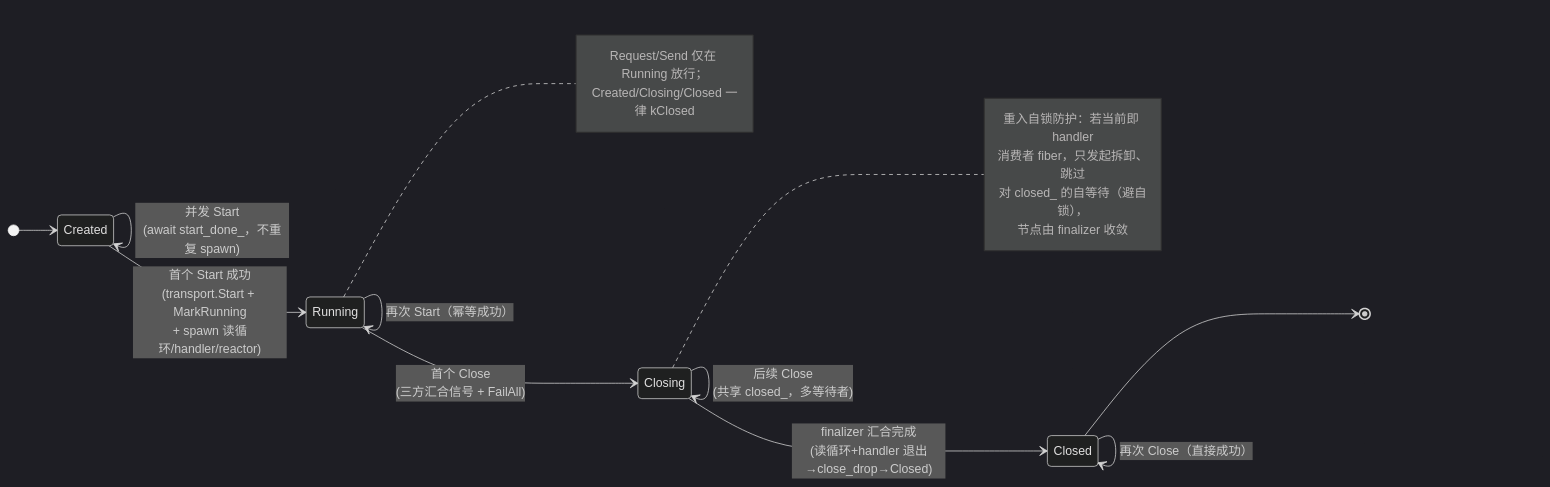
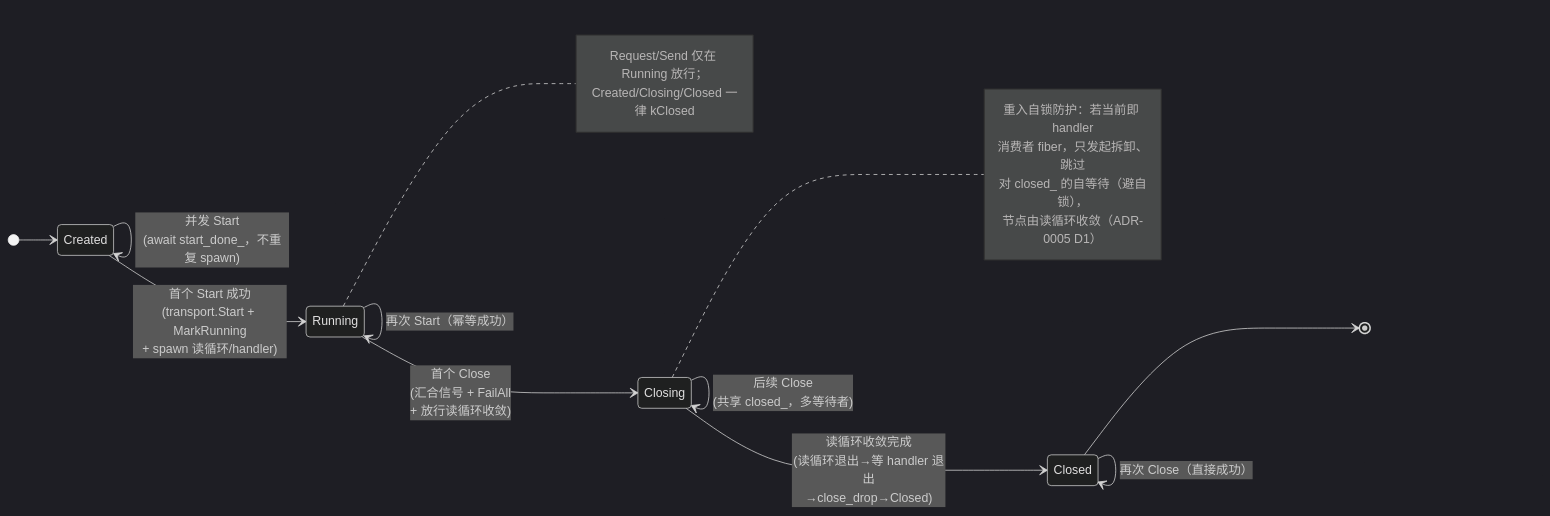
Before and after one commit to Ste7an-cs/Transport: the diagram in docs/diagrams/state-node-lifecycle.mmd, drawn with Mermaid (dark theme). The commit also changed 12 other files, not shown here.

First line of the commit message:
docs: 同步收敛并入读循环(ADR-0005 D1)的设计/需求/图

```diff
--- a/docs/diagrams/state-node-lifecycle.mmd
+++ b/docs/diagrams/state-node-lifecycle.mmd
@@ -1,28 +1,28 @@
 stateDiagram-v2
     direction LR
     [*] --> Created
 
     Created --> Created: ValidateConfig 失败<br/>(kConfiguration，可改配重试)
-    Created --> Running: 首个 Start 成功<br/>(transport.Start + MarkRunning<br/>+ spawn 读循环/handler/reactor)
+    Created --> Running: 首个 Start 成功<br/>(transport.Start + MarkRunning<br/>+ spawn 读循环/handler)
     Created --> Created: 并发 Start<br/>(await start_done_，不重复 spawn)
 
     Running --> Running: 再次 Start（幂等成功）
-    Running --> Closing: 首个 Close<br/>(三方汇合信号 + FailAll)
+    Running --> Closing: 首个 Close<br/>(汇合信号 + FailAll<br/>+ 放行读循环收敛)
 
     Closing --> Closing: 后续 Close<br/>(共享 closed_，多等待者)
-    Closing --> Closed: finalizer 汇合完成<br/>(读循环+handler 退出→close_drop→Closed)
+    Closing --> Closed: 读循环收敛完成<br/>(读循环退出→等 handler 退出<br/>→close_drop→Closed)
 
     Closed --> Closed: 再次 Close（直接成功）
     Closed --> [*]
 
     note right of Closing
         重入自锁防护：若当前即 handler
         消费者 fiber，只发起拆卸、跳过
         对 closed_ 的自等待（避自锁），
-        节点由 finalizer 收敛
+        节点由读循环收敛（ADR-0005 D1）
     end note
 
     note right of Running
         Request/Send 仅在 Running 放行；
         Created/Closing/Closed 一律 kClosed
     end note
```
